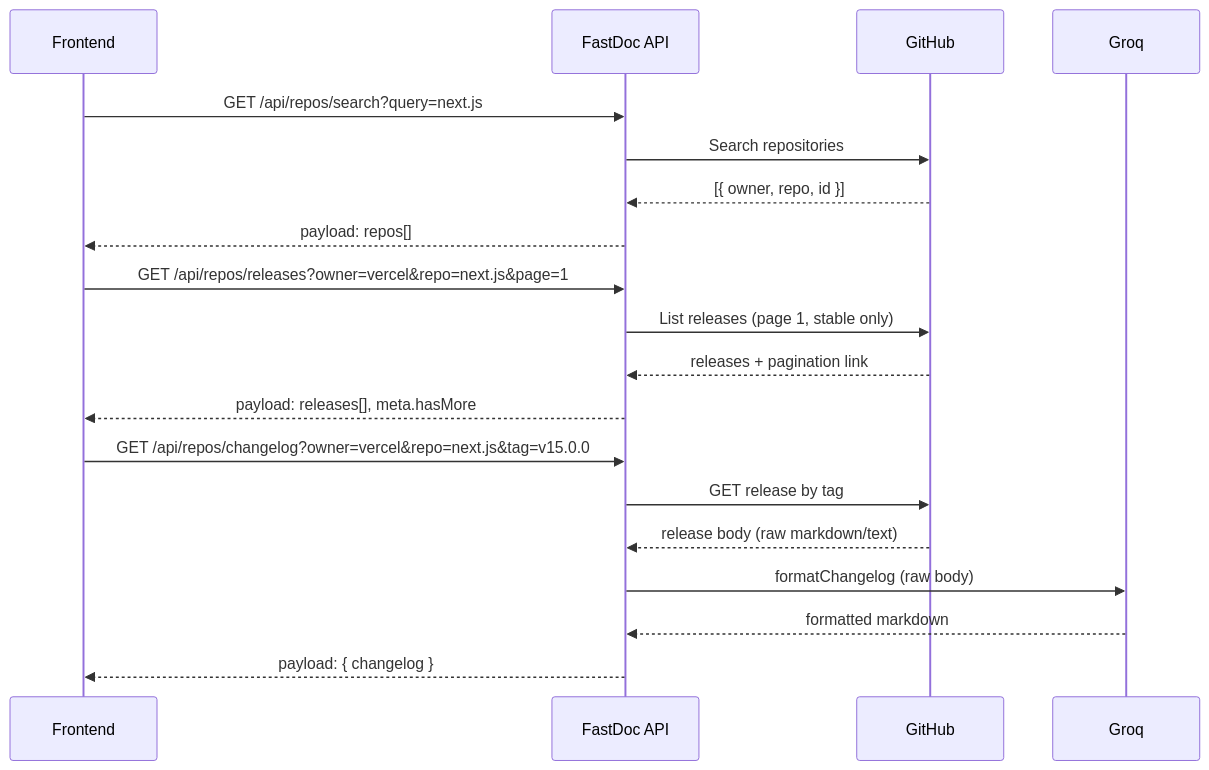
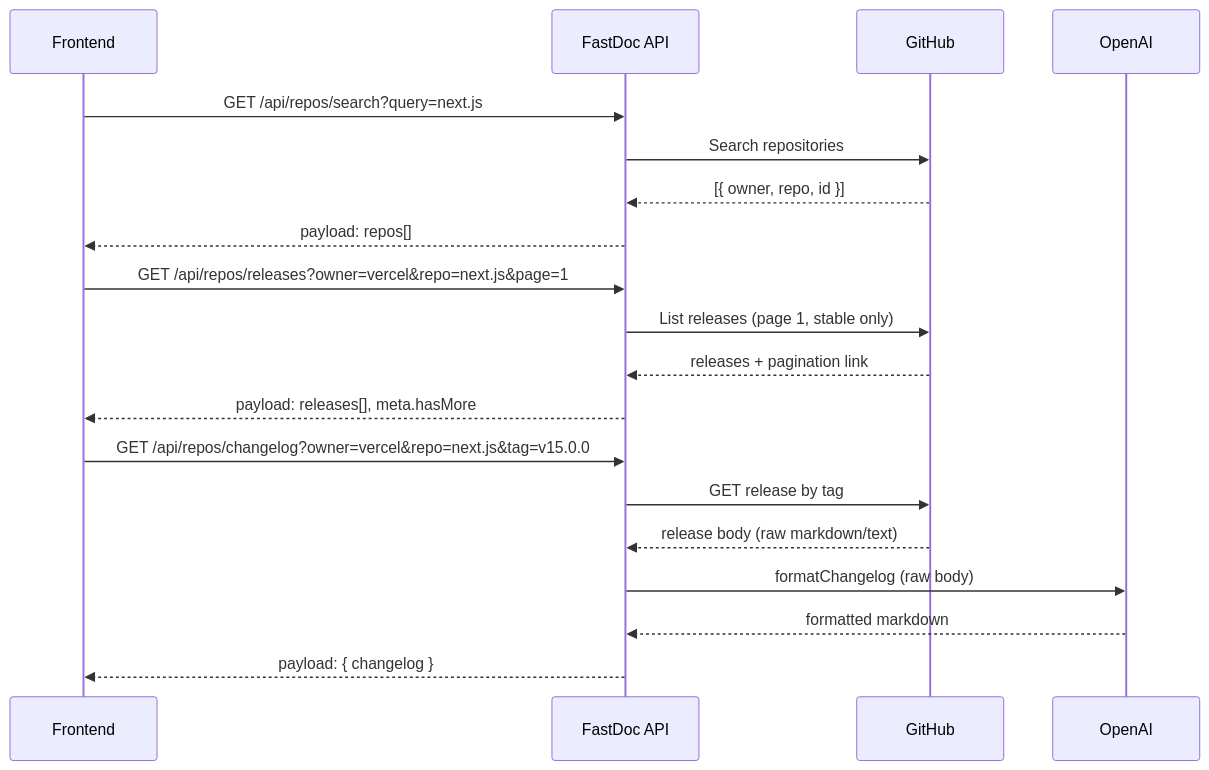
One commit to soto0/FastDoc-backend changed the second of 2 diagrams in README.md. Above: the diagram before and after it, drawn with Mermaid. The commit also changed other lines of this file and 25 other files, not shown here.

````diff
--- a/README.md
+++ b/README.md
@@ -93,24 +93,24 @@
 ```mermaid
 sequenceDiagram
     participant C as Frontend
     participant A as FastDoc API
     participant G as GitHub
-    participant Q as Groq
+    participant Q as OpenAI
 
     C->>A: GET /api/repos/search?query=next.js
     A->>G: Search repositories
     G-->>A: [{ owner, repo, id }]
     A-->>C: payload: repos[]
 
     C->>A: GET /api/repos/releases?owner=vercel&repo=next.js&page=1
     A->>G: List releases (page 1, stable only)
     G-->>A: releases + pagination link
     A-->>C: payload: releases[], meta.hasMore
 
     C->>A: GET /api/repos/changelog?owner=vercel&repo=next.js&tag=v15.0.0
     A->>G: GET release by tag
     G-->>A: release body (raw markdown/text)
     A->>Q: formatChangelog (raw body)
     Q-->>A: formatted markdown
     A-->>C: payload: { changelog }
 ```
````
